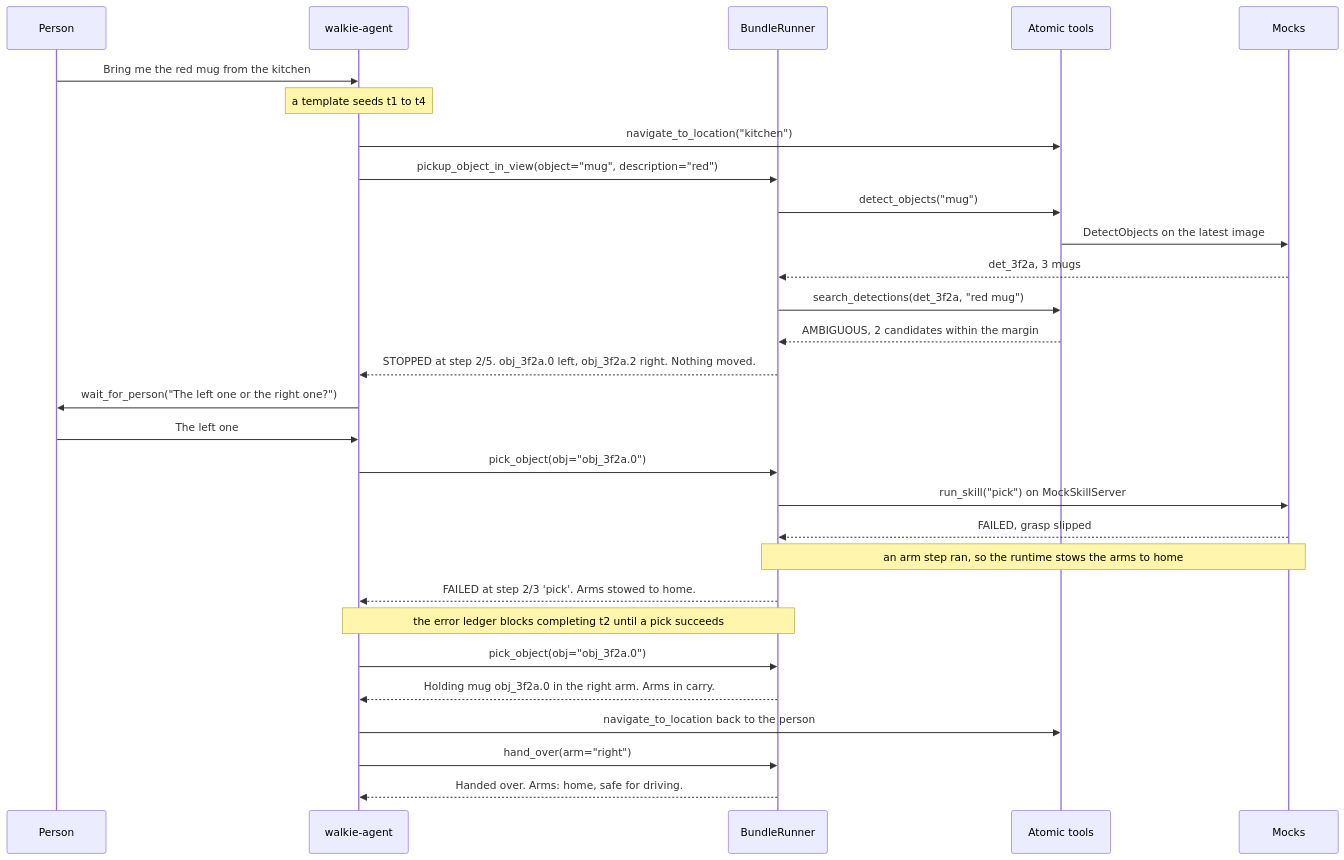
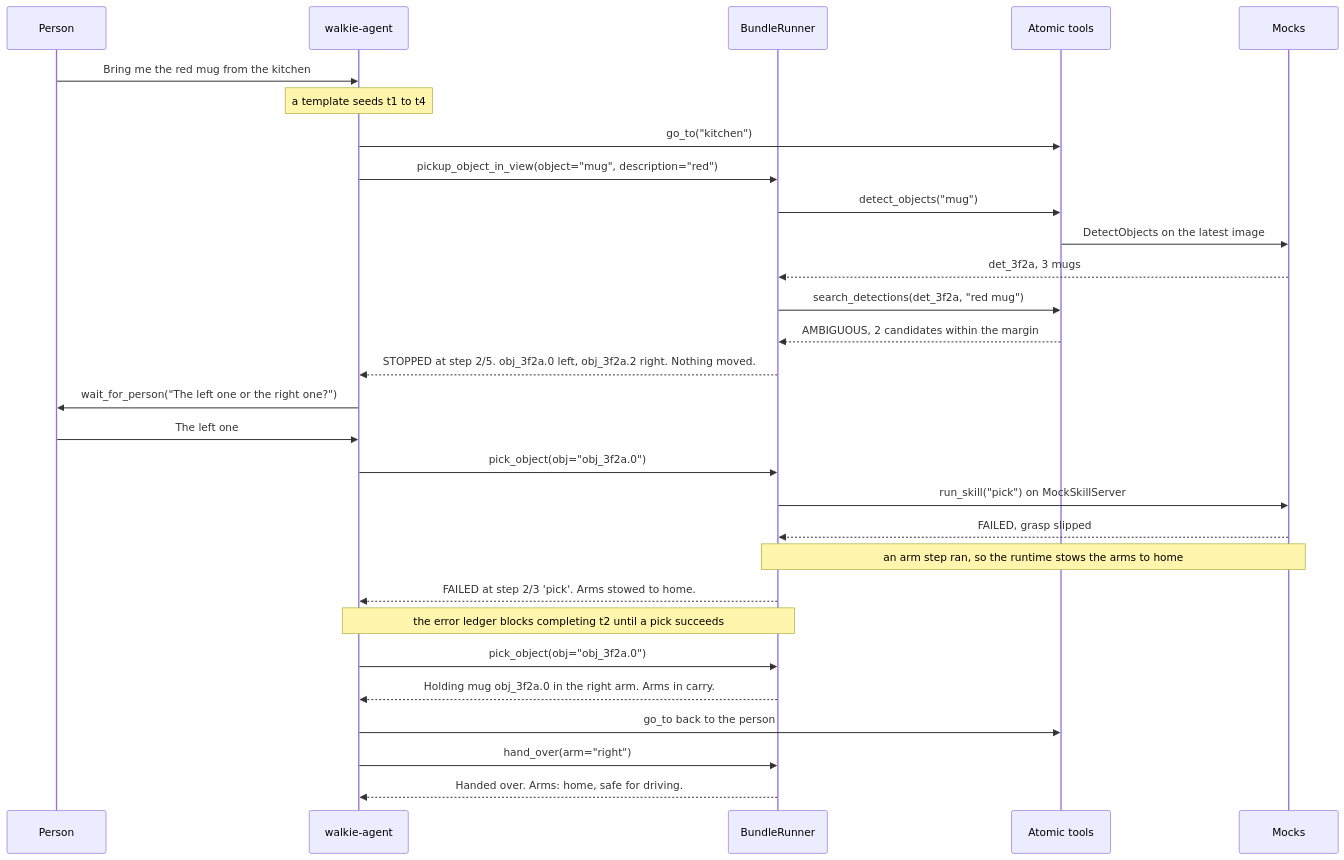
The second of 5 diagrams in docs/architecture/self-evolving-agent.md (EIC-Robocup-2026/walkie-agent-ros), drawn with Mermaid before and after one commit. The commit also changed other lines of this file, not shown here.

````diff
--- a/docs/architecture/self-evolving-agent.md
+++ b/docs/architecture/self-evolving-agent.md
@@ -91,31 +103,31 @@
 ```mermaid
 sequenceDiagram
     participant P as Person
     participant A as walkie-agent
     participant R as BundleRunner
     participant X as Atomic tools
     participant M as Mocks
     P->>A: Bring me the red mug from the kitchen
     Note over A: a template seeds t1 to t4
-    A->>X: navigate_to_location("kitchen")
+    A->>X: go_to("kitchen")
     A->>R: pickup_object_in_view(object="mug", description="red")
     R->>X: detect_objects("mug")
     X->>M: DetectObjects on the latest image
     M-->>R: det_3f2a, 3 mugs
     R->>X: search_detections(det_3f2a, "red mug")
     X-->>R: AMBIGUOUS, 2 candidates within the margin
     R-->>A: STOPPED at step 2/5. obj_3f2a.0 left, obj_3f2a.2 right. Nothing moved.
     A->>P: wait_for_person("The left one or the right one?")
     P->>A: The left one
     A->>R: pick_object(obj="obj_3f2a.0")
     R->>M: run_skill("pick") on MockSkillServer
     M-->>R: FAILED, grasp slipped
     Note over R,M: an arm step ran, so the runtime stows the arms to home
     R-->>A: FAILED at step 2/3 'pick'. Arms stowed to home.
     Note over A,R: the error ledger blocks completing t2 until a pick succeeds
     A->>R: pick_object(obj="obj_3f2a.0")
     R-->>A: Holding mug obj_3f2a.0 in the right arm. Arms in carry.
-    A->>X: navigate_to_location back to the person
+    A->>X: go_to back to the person
     A->>R: hand_over(arm="right")
     R-->>A: Handed over. Arms: home, safe for driving.
 ```
````
